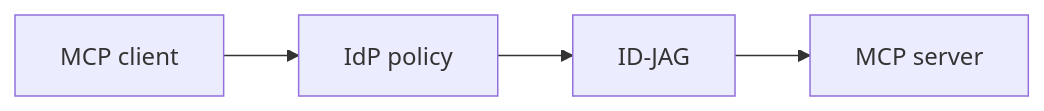
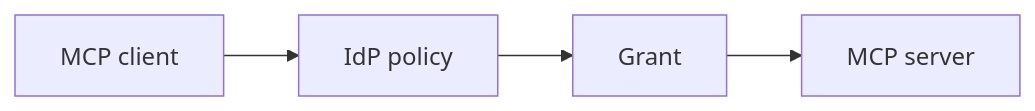
Before and after one commit to amoranio/Brief: the diagram in src/content/posts/mcp-access-is-now-an-idp-problem.md, drawn with Mermaid. The commit also changed other lines of this file and 5 other files, not shown here.

````diff
--- a/src/content/posts/mcp-access-is-now-an-idp-problem.md
+++ b/src/content/posts/mcp-access-is-now-an-idp-problem.md
@@ -20,7 +22,7 @@
 ```mermaid
 %% caption: The privilege decision sits at the IdP, not on a consent screen
 flowchart LR
   client[MCP client] --> idp[IdP policy]
-  idp --> jag[ID-JAG]
+  idp --> jag[Grant]
   jag --> server[MCP server]
 ```
````
